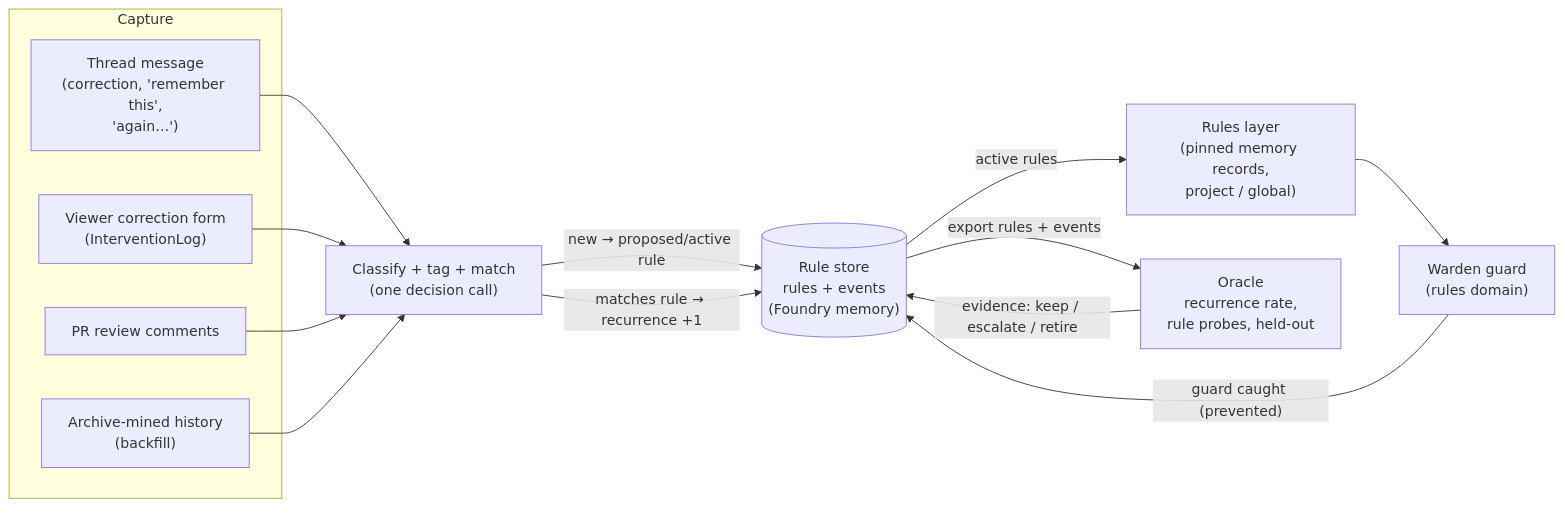
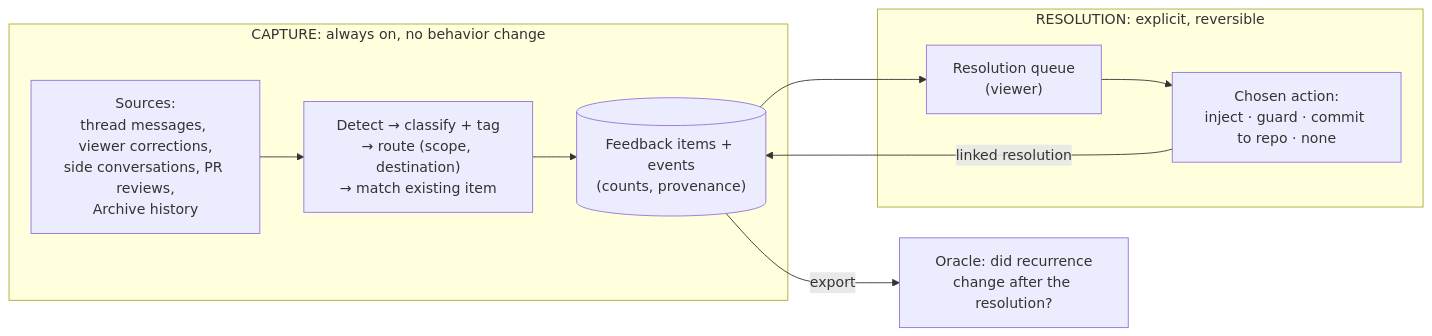
Before and after one commit to inixiative/foundry: the diagram in docs/FEEDBACK-LOOP.md, drawn with Mermaid. The commit also changed other lines of this file, not shown here.

First line of the commit message:
Reframe the feedback loop as capture vs resolution hypotheses

````diff
--- a/docs/FEEDBACK-LOOP.md
+++ b/docs/FEEDBACK-LOOP.md
@@ -18,22 +40,17 @@
 ```mermaid
 flowchart LR
-  subgraph capture["Capture"]
-    T["Thread message<br/>(correction, 'remember this',<br/>'again…')"]
-    I["Viewer correction form<br/>(InterventionLog)"]
-    R["PR review comments"]
-    M["Archive-mined history<br/>(backfill)"]
+  subgraph capture["CAPTURE: always on, no behavior change"]
+    S["Sources:<br/>thread messages, viewer corrections,<br/>side conversations, PR reviews,<br/>Archive history"]
+    C["Detect → classify + tag<br/>→ route (scope, destination)<br/>→ match existing item"]
+    F[("Feedback items + events<br/>(counts, provenance)")]
+    S --> C --> F
   end
-  C["Classify + tag + match<br/>(one decision call)"]
-  RS[("Rule store<br/>rules + events<br/>(Foundry memory)")]
-  L["Rules layer<br/>(pinned memory records,<br/>project / global)"]
-  W["Warden guard<br/>(rules domain)"]
-  O["Oracle<br/>recurrence rate,<br/>rule probes, held-out"]
-  T & I & R & M --> C
-  C -- "new → proposed/active rule" --> RS
-  C -- "matches rule → recurrence +1" --> RS
-  RS -- "active rules" --> L
-  L --> W
-  W -- "guard caught (prevented)" --> RS
-  RS -- "export rules + events" --> O
-  O -- "evidence: keep / escalate / retire" --> RS
+  subgraph resolution["RESOLUTION: explicit, reversible"]
+    Q["Resolution queue<br/>(viewer)"]
+    A["Chosen action:<br/>inject · guard · commit to repo · none"]
+    Q --> A
+  end
+  F --> Q
+  A -- "linked resolution" --> F
+  F -- "export" --> O["Oracle: did recurrence<br/>change after the resolution?"]
 ```
````
